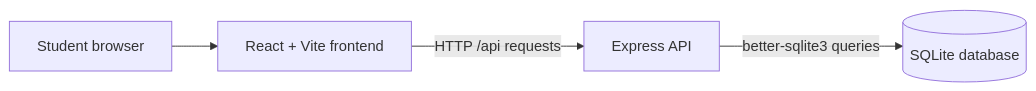
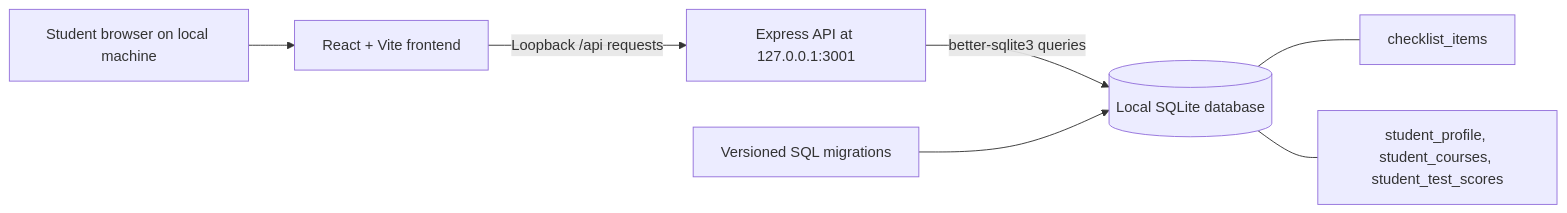
The diagram in README.md (301-burak/CollegePath), drawn with Mermaid before and after one commit. The commit also changed other lines of this file and 12 other files, not shown here.

Commit message:
CollegePath 2.0 - Academic Profile

````diff
--- a/README.md
+++ b/README.md
@@ -26,6 +30,9 @@
 ```mermaid
 flowchart LR
-    Student[Student browser] --> React[React + Vite frontend]
-    React -->|HTTP /api requests| Express[Express API]
-    Express -->|better-sqlite3 queries| SQLite[(SQLite database)]
+    Student[Student browser on local machine] --> React[React + Vite frontend]
+    React -->|Loopback /api requests| Express[Express API at 127.0.0.1:3001]
+    Express -->|better-sqlite3 queries| SQLite[(Local SQLite database)]
+    Migrations[Versioned SQL migrations] --> SQLite
+    SQLite --- Checklist[checklist_items]
+    SQLite --- Academic[student_profile, student_courses, student_test_scores]
 ```
````
